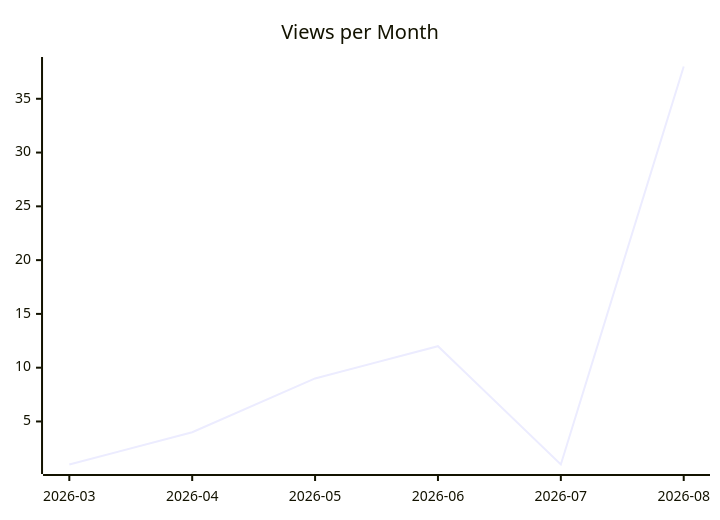
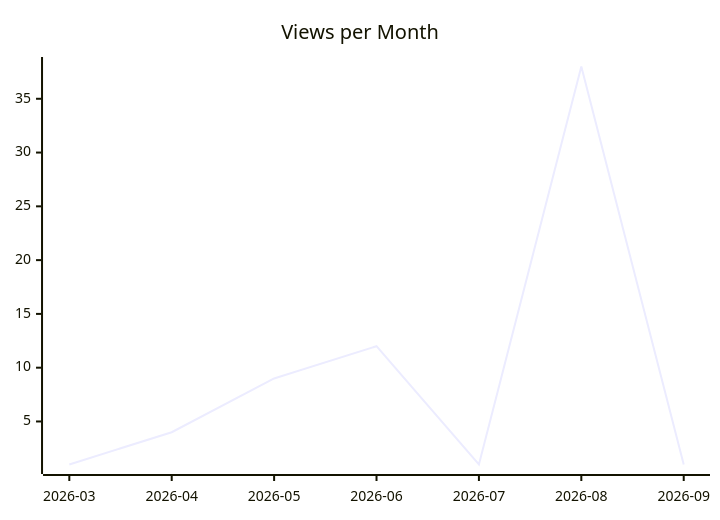
The second of 3 diagrams in justdavis-family/justdavis/README.md (justdavis-family/github-analytics-data), drawn with Mermaid before and after one commit. The commit also changed other lines of this file and 191 other files, not shown here.

````diff
--- a/justdavis-family/justdavis/README.md
+++ b/justdavis-family/justdavis/README.md
@@ -12,6 +12,6 @@
 ```mermaid
 xychart-beta
   title "Views per Month"
-  x-axis ["2026-03", "2026-04", "2026-05", "2026-06", "2026-07", "2026-08"]
-  line [1, 4, 9, 12, 1, 38]
+  x-axis ["2026-03", "2026-04", "2026-05", "2026-06", "2026-07", "2026-08", "2026-09"]
+  line [1, 4, 9, 12, 1, 38, 1]
 ```
````
